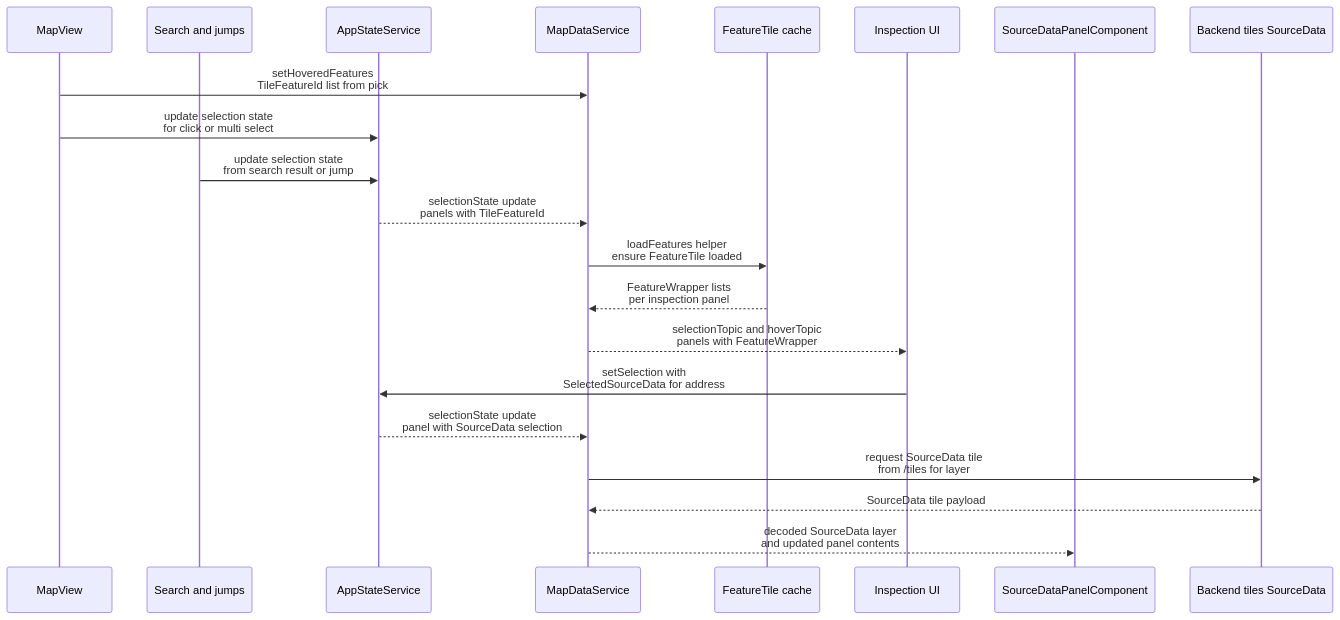
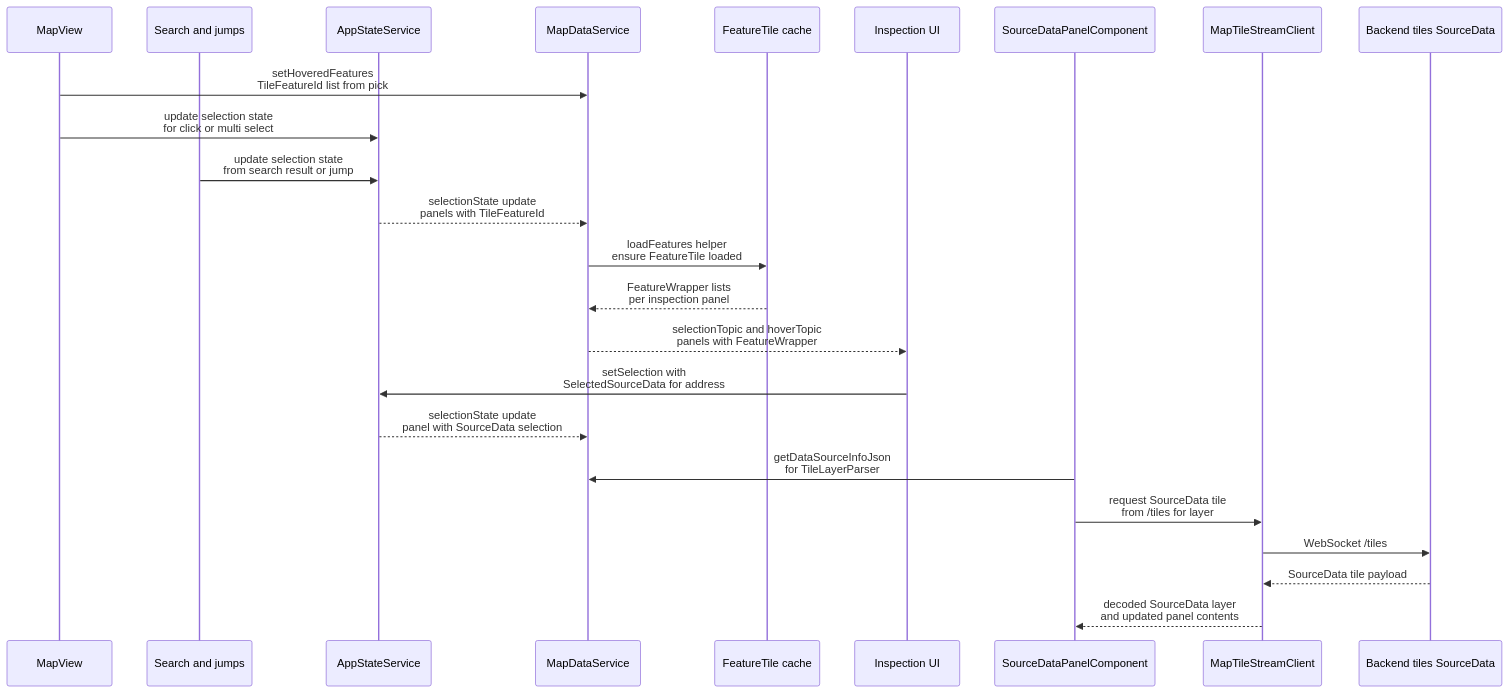
Before and after one commit to ndsev/erdblick: the tenth of 10 diagrams in docs/erdblick-dev-guide.md, drawn with Mermaid. The commit also changed other lines of this file and 1 other file, not shown here.

Commit message:
Update docs regarding tile streaming UX/protocol updates.

````diff
--- a/docs/erdblick-dev-guide.md
+++ b/docs/erdblick-dev-guide.md
@@ -488,26 +501,29 @@
 ```mermaid
 sequenceDiagram
   participant View as MapView
   participant Search as Search and jumps
   participant State as AppStateService
   participant MapSvc as MapDataService
   participant Tiles as FeatureTile cache
   participant Inspect as Inspection UI
   participant SourcePanel as SourceDataPanelComponent
+  participant TileStream as MapTileStreamClient
   participant Backend as Backend tiles SourceData
 
   View->>MapSvc: setHoveredFeatures<br>TileFeatureId list from pick
   View->>State: update selection state<br>for click or multi select
   Search->>State: update selection state<br>from search result or jump
   State-->>MapSvc: selectionState update<br>panels with TileFeatureId
 
   MapSvc->>Tiles: loadFeatures helper<br>ensure FeatureTile loaded
   Tiles-->>MapSvc: FeatureWrapper lists<br>per inspection panel
   MapSvc-->>Inspect: selectionTopic and hoverTopic<br>panels with FeatureWrapper
 
   Inspect->>State: setSelection with<br>SelectedSourceData for address
   State-->>MapSvc: selectionState update<br>panel with SourceData selection
-  MapSvc->>Backend: request SourceData tile<br>from /tiles for layer
-  Backend-->>MapSvc: SourceData tile payload
-  MapSvc-->>SourcePanel: decoded SourceData layer<br>and updated panel contents
+  SourcePanel->>MapSvc: getDataSourceInfoJson<br>for TileLayerParser
+  SourcePanel->>TileStream: request SourceData tile<br>from /tiles for layer
+  TileStream->>Backend: WebSocket /tiles
+  Backend-->>TileStream: SourceData tile payload
+  TileStream-->>SourcePanel: decoded SourceData layer<br>and updated panel contents
 ```
````
